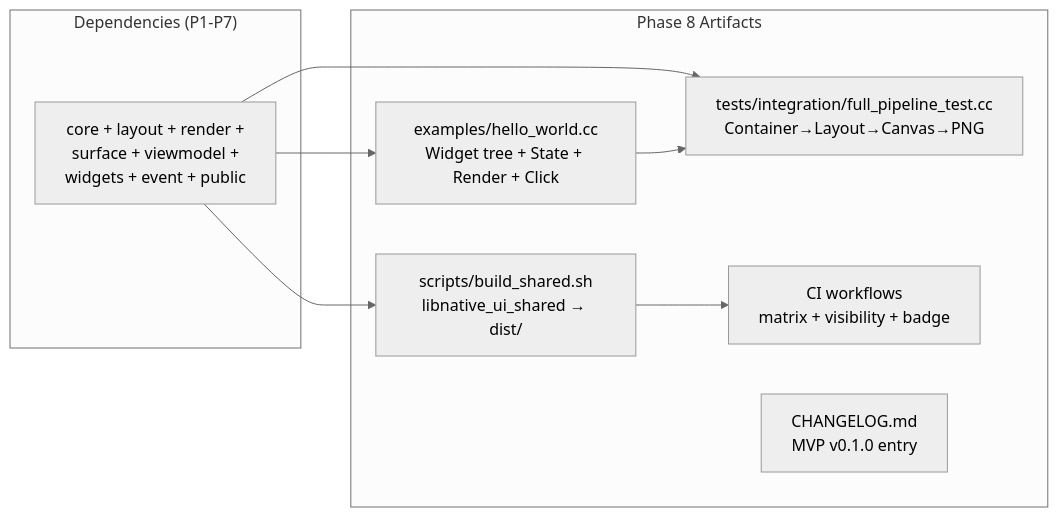
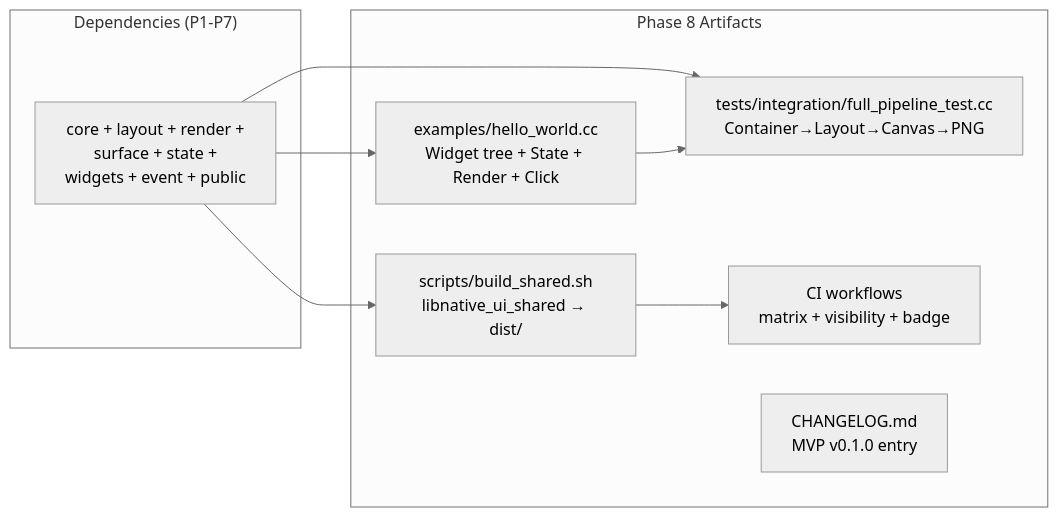
The diagram in specs/008-example-ci-release/plan.md (oxsource/native_ui), drawn with Mermaid (neutral theme) before and after one commit. The commit also changed other lines of this file and 26 other files, not shown here.

````diff
--- a/specs/008-example-ci-release/plan.md
+++ b/specs/008-example-ci-release/plan.md
@@ -82,20 +82,20 @@
 ```mermaid
 flowchart LR
     subgraph "Phase 8 Artifacts"
         HW["examples/hello_world.cc<br/>Widget tree + State + Render + Click"]
         INTEG["tests/integration/full_pipeline_test.cc<br/>Container→Layout→Canvas→PNG"]
         SHARED["scripts/build_shared.sh<br/>libnative_ui_shared → dist/"]
         CI["CI workflows<br/>matrix + visibility + badge"]
         CHG["CHANGELOG.md<br/>MVP v0.1.0 entry"]
     end
 
     subgraph "Dependencies (P1-P7)"
-        ALL_MODULES["core + layout + render +<br/>surface + viewmodel +<br/>widgets + event + public"]
+        ALL_MODULES["core + layout + render +<br/>surface + state +<br/>widgets + event + public"]
     end
 
     ALL_MODULES --> HW
     ALL_MODULES --> INTEG
     ALL_MODULES --> SHARED
     SHARED --> CI
     HW --> INTEG
 ```
````
